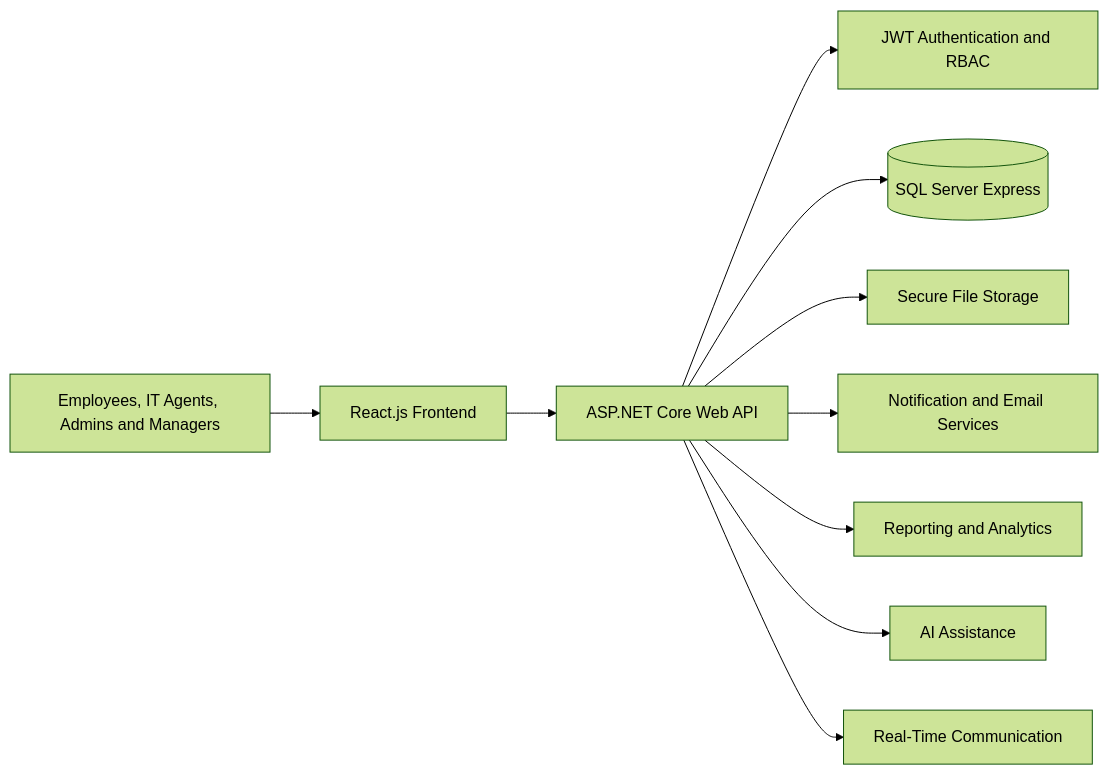
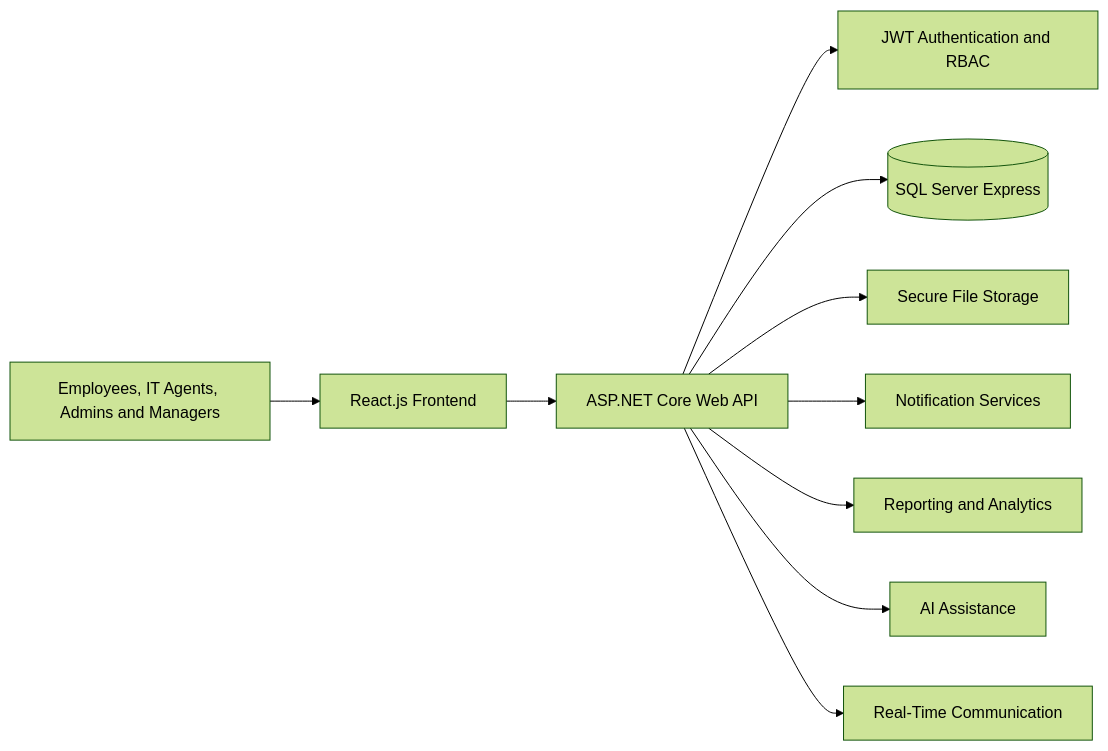
The second of 2 diagrams in README.md (fatimaghannam/ResolveHub), drawn with Mermaid (forest theme) before and after one commit. The commit also changed other lines of this file, not shown here.

````diff
--- a/README.md
+++ b/README.md
@@ -368,23 +367,23 @@
 ```mermaid
 flowchart LR
     U[Employees, IT Agents, Admins and Managers]
     F[React.js Frontend]
     A[ASP.NET Core Web API]
     AUTH[JWT Authentication and RBAC]
     DB[(SQL Server Express)]
     FILES[Secure File Storage]
-    NOTIFY[Notification and Email Services]
+    NOTIFY[Notification Services]
     REPORTS[Reporting and Analytics]
     AI[AI Assistance]
     CHAT[Real-Time Communication]
 
     U --> F
     F --> A
     A --> AUTH
     A --> DB
     A --> FILES
     A --> NOTIFY
     A --> REPORTS
     A --> AI
     A --> CHAT
 ```
````
